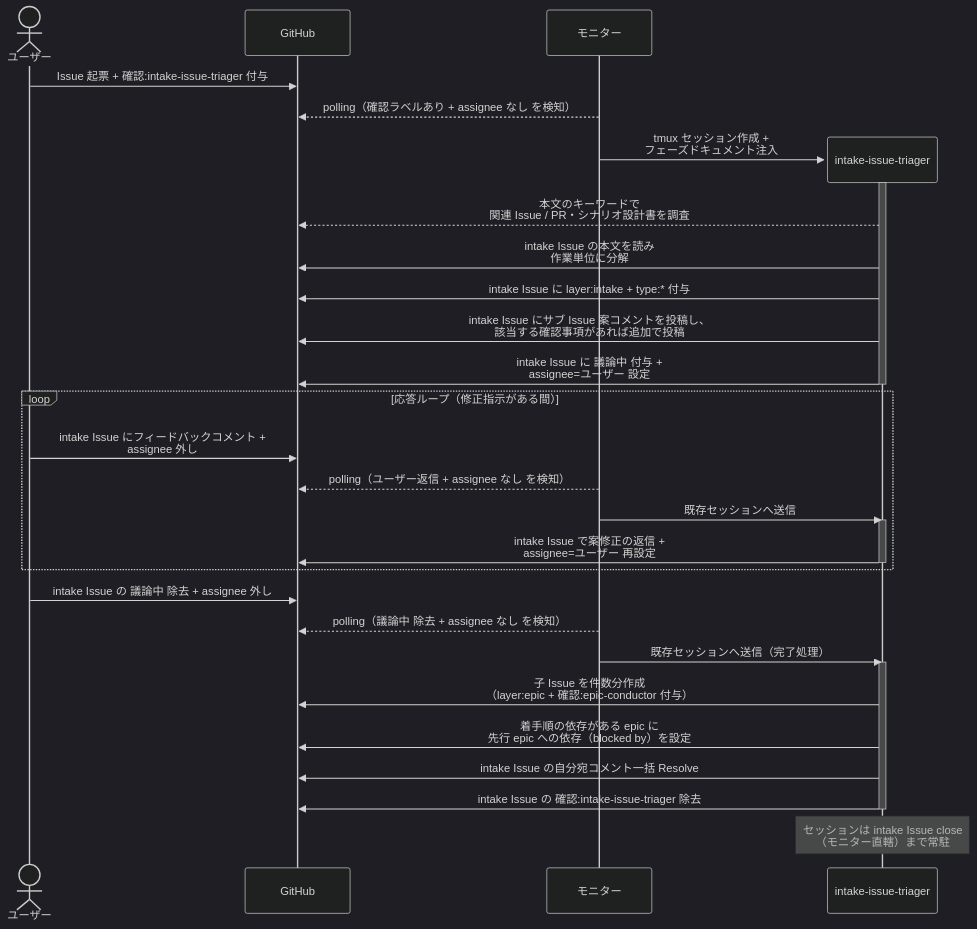
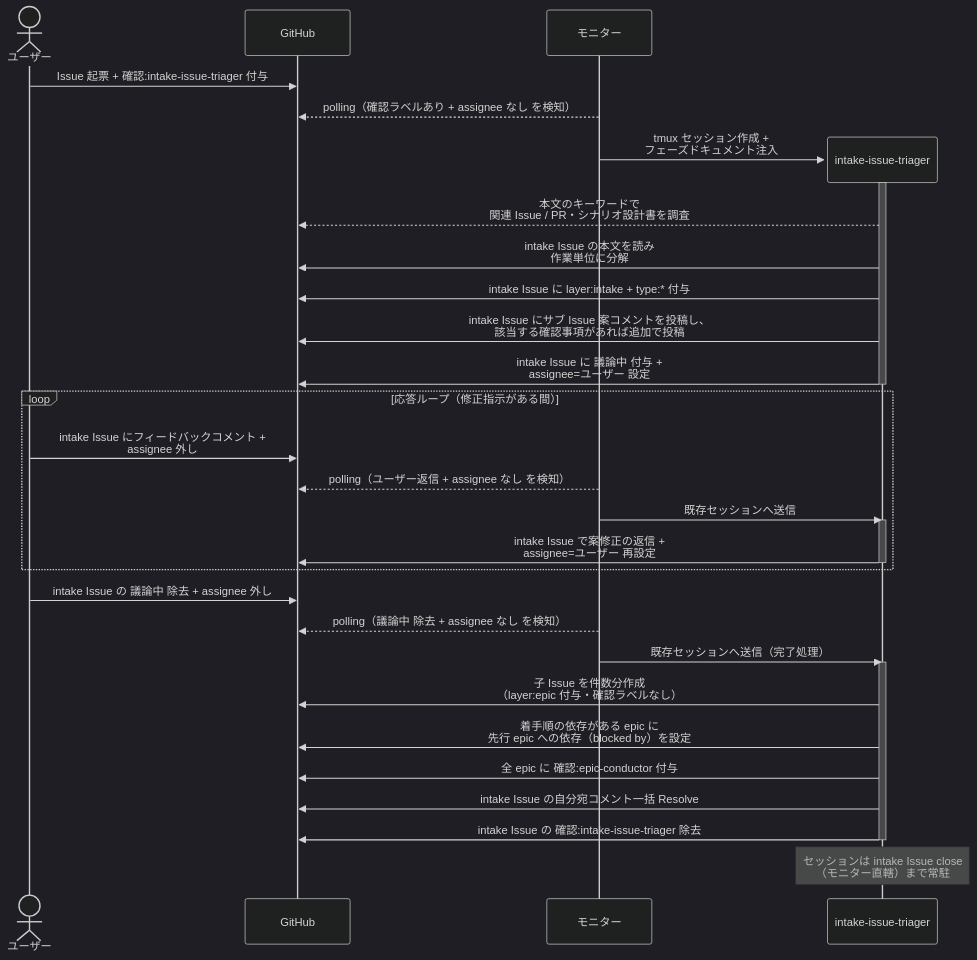
Before and after one commit to shuhei1101/ai-monitor: the first of 2 diagrams in docs/wiki/設計図/シナリオ/単一ユースケース/Issue分解と子起票.md, drawn with Mermaid (dark theme). The commit also changed other lines of this file and 3 other files, not shown here.

````diff
--- a/docs/wiki/設計図/シナリオ/単一ユースケース/Issue分解と子起票.md
+++ b/docs/wiki/設計図/シナリオ/単一ユースケース/Issue分解と子起票.md
@@ -26,38 +26,39 @@
 ```mermaid
 sequenceDiagram
   actor U as ユーザー
   participant GH as GitHub
   participant ORC as モニター
 
   U->>GH: Issue 起票 + 確認:intake-issue-triager 付与
   ORC-->>GH: polling（確認ラベルあり + assignee なし を検知）
   create participant MON as intake-issue-triager
   ORC->>MON: tmux セッション作成 +<br>フェーズドキュメント注入
   activate MON
   MON-->>GH: 本文のキーワードで<br>関連 Issue / PR・シナリオ設計書を調査
   MON->>GH: intake Issue の本文を読み<br>作業単位に分解
   MON->>GH: intake Issue に layer:intake + type:* 付与
   MON->>GH: intake Issue にサブ Issue 案コメントを投稿し、<br>該当する確認事項があれば追加で投稿
   MON->>GH: intake Issue に 議論中 付与 +<br>assignee=ユーザー 設定
   deactivate MON
 
   loop 応答ループ（修正指示がある間）
     U->>GH: intake Issue にフィードバックコメント +<br>assignee 外し
     ORC-->>GH: polling（ユーザー返信 + assignee なし を検知）
     ORC->>MON: 既存セッションへ送信
     activate MON
     MON->>GH: intake Issue で案修正の返信 +<br>assignee=ユーザー 再設定
     deactivate MON
   end
 
   U->>GH: intake Issue の 議論中 除去 + assignee 外し
   ORC-->>GH: polling（議論中 除去 + assignee なし を検知）
   ORC->>MON: 既存セッションへ送信（完了処理）
   activate MON
-  MON->>GH: 子 Issue を件数分作成<br>（layer:epic + 確認:epic-conductor 付与）
+  MON->>GH: 子 Issue を件数分作成<br>（layer:epic 付与・確認ラベルなし）
   MON->>GH: 着手順の依存がある epic に<br>先行 epic への依存（blocked by）を設定
+  MON->>GH: 全 epic に 確認:epic-conductor 付与
   MON->>GH: intake Issue の自分宛コメント一括 Resolve
   MON->>GH: intake Issue の 確認:intake-issue-triager 除去
   deactivate MON
   Note over MON: セッションは intake Issue close<br>（モニター直轄）まで常駐
 ```
````
